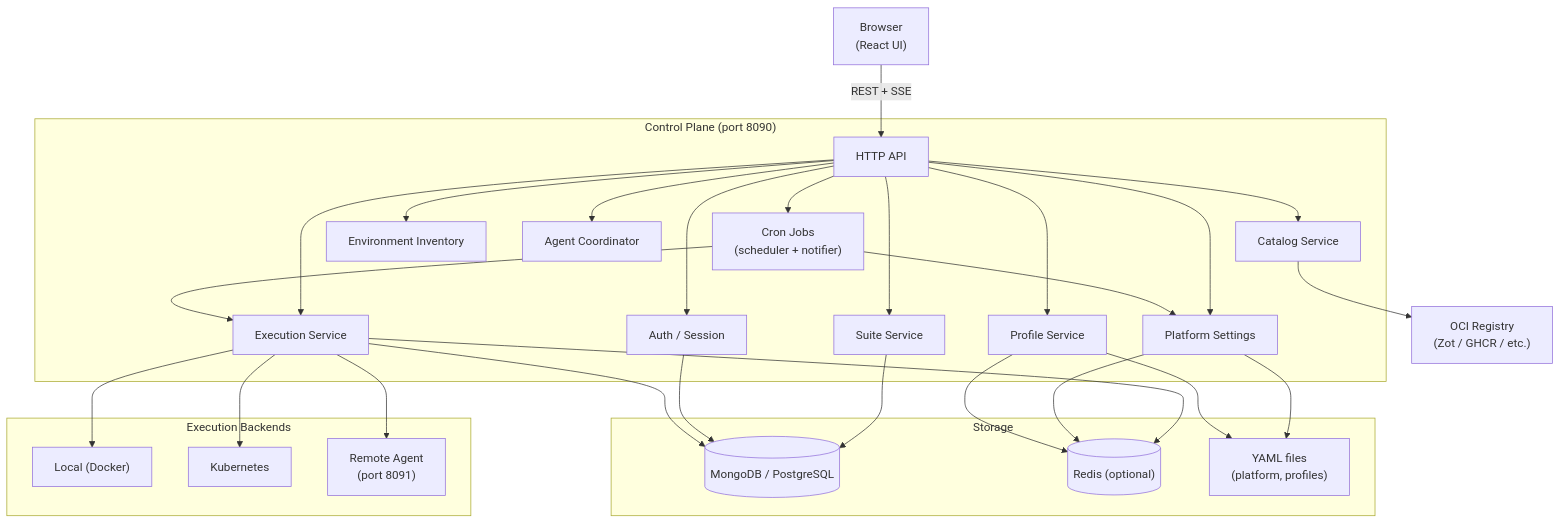
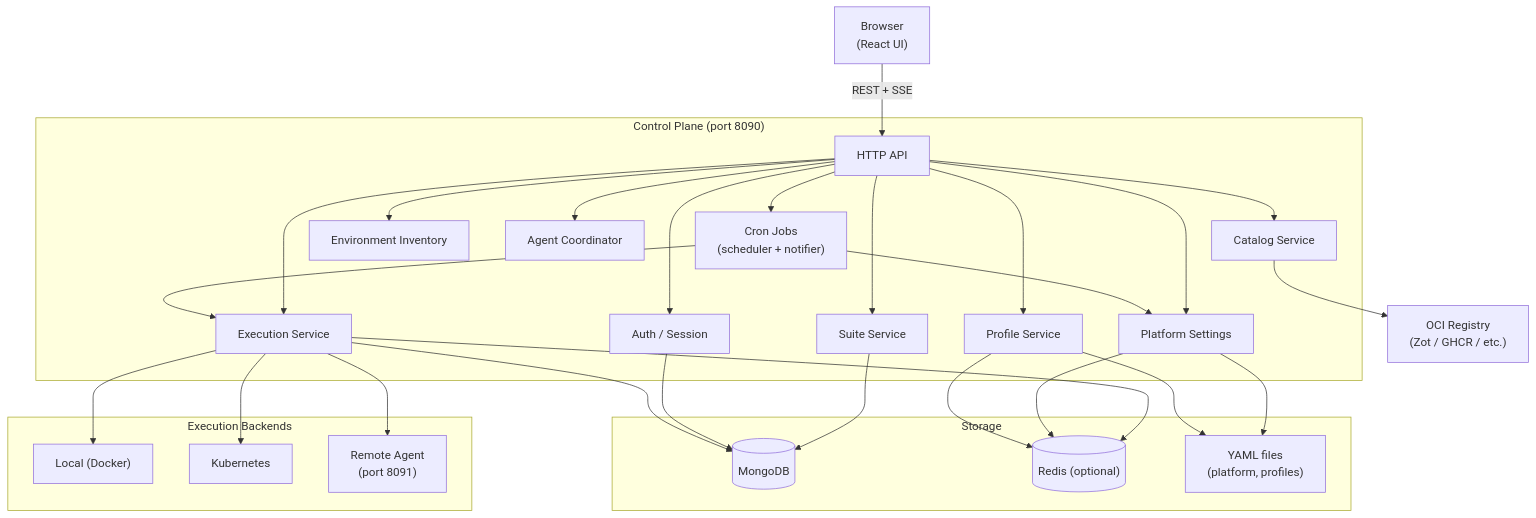
The first of 4 diagrams in docs/architecture.md (jarin-devoss/babelSuite), drawn with Mermaid before and after one commit. The commit also changed other lines of this file and 36 other files, not shown here.

````diff
--- a/docs/architecture.md
+++ b/docs/architecture.md
@@ -18,59 +18,59 @@
 ```mermaid
 graph TB
     Browser["Browser\n(React UI)"]
 
     subgraph ControlPlane["Control Plane (port 8090)"]
         API["HTTP API"]
         Auth["Auth / Session"]
         Suites["Suite Service"]
         Exec["Execution Service"]
         Catalog["Catalog Service"]
         Profiles["Profile Service"]
         Platform["Platform Settings"]
         Sandbox["Environment Inventory"]
         AgentCoord["Agent Coordinator"]
         CronJobs["Cron Jobs\n(scheduler + notifier)"]
     end
 
     subgraph Backends["Execution Backends"]
         Local["Local (Docker)"]
         K8s["Kubernetes"]
         RemoteAgent["Remote Agent\n(port 8091)"]
     end
 
     subgraph Storage["Storage"]
-        DB[("MongoDB / PostgreSQL")]
+        DB[("MongoDB")]
         Redis[("Redis (optional)")]
         YAML["YAML files\n(platform, profiles)"]
     end
 
     OCI["OCI Registry\n(Zot / GHCR / etc.)"]
 
     Browser -->|"REST + SSE"| API
     API --> Auth
     API --> Suites
     API --> Exec
     API --> Catalog
     API --> Profiles
     API --> Platform
     API --> Sandbox
     API --> AgentCoord
     API --> CronJobs
     CronJobs --> Exec
     CronJobs --> Platform
 
     Exec --> Local
     Exec --> K8s
     Exec --> RemoteAgent
 
     Suites --> DB
     Auth --> DB
     Exec --> DB
     Exec --> Redis
     Platform --> YAML
     Platform --> Redis
     Profiles --> YAML
     Profiles --> Redis
 
     Catalog --> OCI
 ```
````
